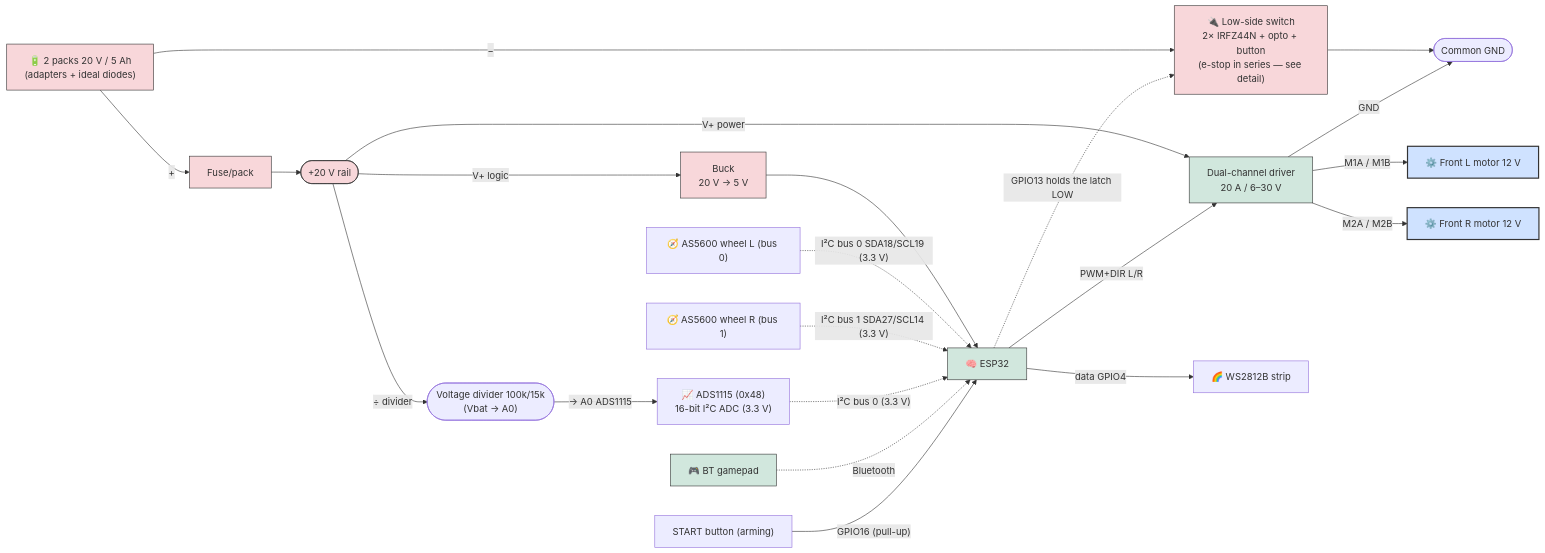
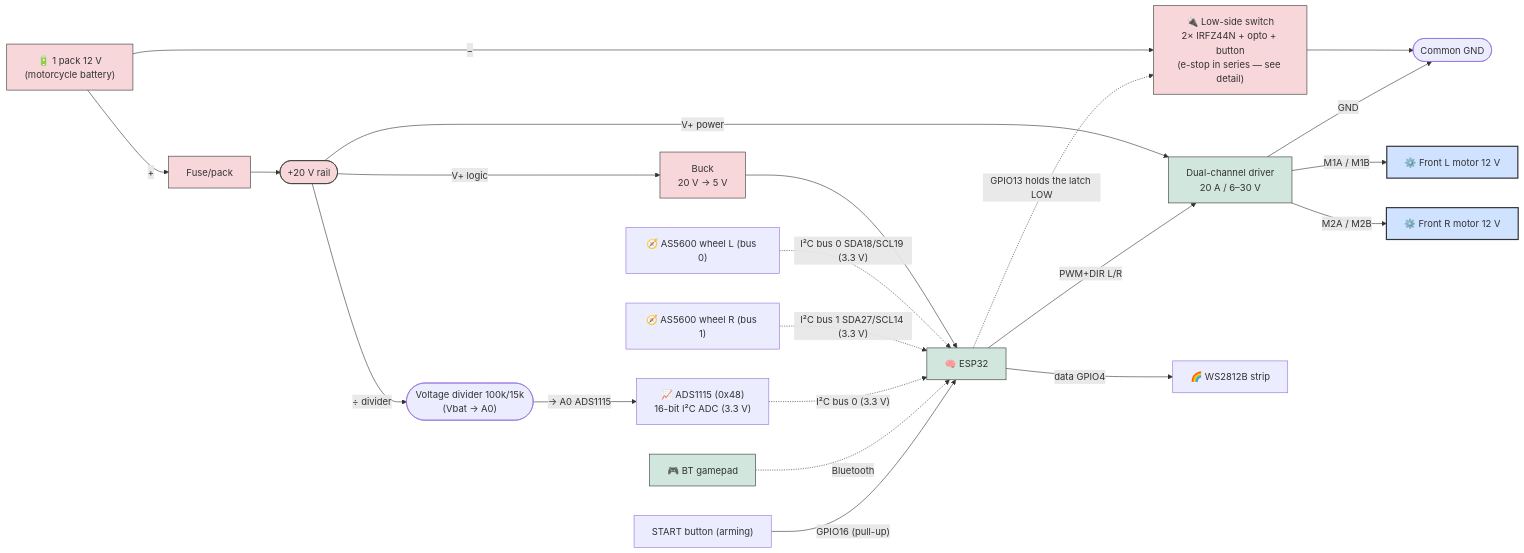
Before and after one commit to pinkymaxou/powered-soapbox-car: the sixth of 10 diagrams in README.md, drawn with Mermaid. The commit also changed other lines of this file, not shown here.

````diff
--- a/README.md
+++ b/README.md
@@ -414,49 +414,49 @@
 ```mermaid
 flowchart LR
-    BATT["🔋 2 packs 20 V / 5 Ah<br/>(adapters + ideal diodes)"]
+    BATT["🔋 1 pack 12 V<br/>(motorcycle battery)"]
     FUSE["Fuse/pack"]
     RAIL(["+20 V rail"])
     SW["🔌 Low-side switch<br/>2× IRFZ44N + opto + button<br/>(e-stop in series — see detail)"]
     GNDC(["Common GND"])
     BUCK["Buck<br/>20 V → 5 V"]
     ESP["🧠 ESP32"]
     PAD["🎮 BT gamepad"]
     DRV["Dual-channel driver<br/>20 A / 6–30 V"]
     M1["⚙️ Front L motor 12 V"]
     M2["⚙️ Front R motor 12 V"]
     ADS["📈 ADS1115 (0x48)<br/>16-bit I²C ADC (3.3 V)"]
     EG["🧭 AS5600 wheel L (bus 0)"]
     ED["🧭 AS5600 wheel R (bus 1)"]
     DIVB(["Voltage divider 100k/15k<br/>(Vbat → A0)"])
     BTN["START button (arming)"]
     WS["🌈 WS2812B strip"]
 
     %% Power: the + is always live; it's the − that is switched (low-side)
     BATT -- "+" --> FUSE --> RAIL
     RAIL -- "V+ power" --> DRV
     RAIL -- "V+ logic" --> BUCK --> ESP
     BATT -- "−" --> SW --> GNDC
     DRV -- "GND" --> GNDC
     ESP -. "GPIO13 holds the latch LOW" .-> SW
 
     %% Motor outputs + speed feedback
     DRV -- "M1A / M1B" --> M1
     DRV -- "M2A / M2B" --> M2
     EG -. "I²C bus 0 SDA18/SCL19 (3.3 V)" .-> ESP
     ED -. "I²C bus 1 SDA27/SCL14 (3.3 V)" .-> ESP
     ADS -. "I²C bus 0 (3.3 V)" .-> ESP
 
     %% Signals
     PAD -. "Bluetooth" .-> ESP
     ESP -- "PWM+DIR L/R" --> DRV
     RAIL -- "÷ divider" --> DIVB -- "→ A0 ADS1115" --> ADS
     BTN -- "GPIO16 (pull-up)" --> ESP
     ESP -- "data GPIO4" --> WS
 
     classDef pwr fill:#f8d7da,stroke:#333;
     classDef ctrl fill:#d1e7dd,stroke:#333;
     classDef mot fill:#cfe2ff,stroke:#333,stroke-width:2px;
     class BATT,FUSE,RAIL,SW,BUCK pwr;
     class ESP,DRV,PAD ctrl;
     class M1,M2 mot;
 ```
````
